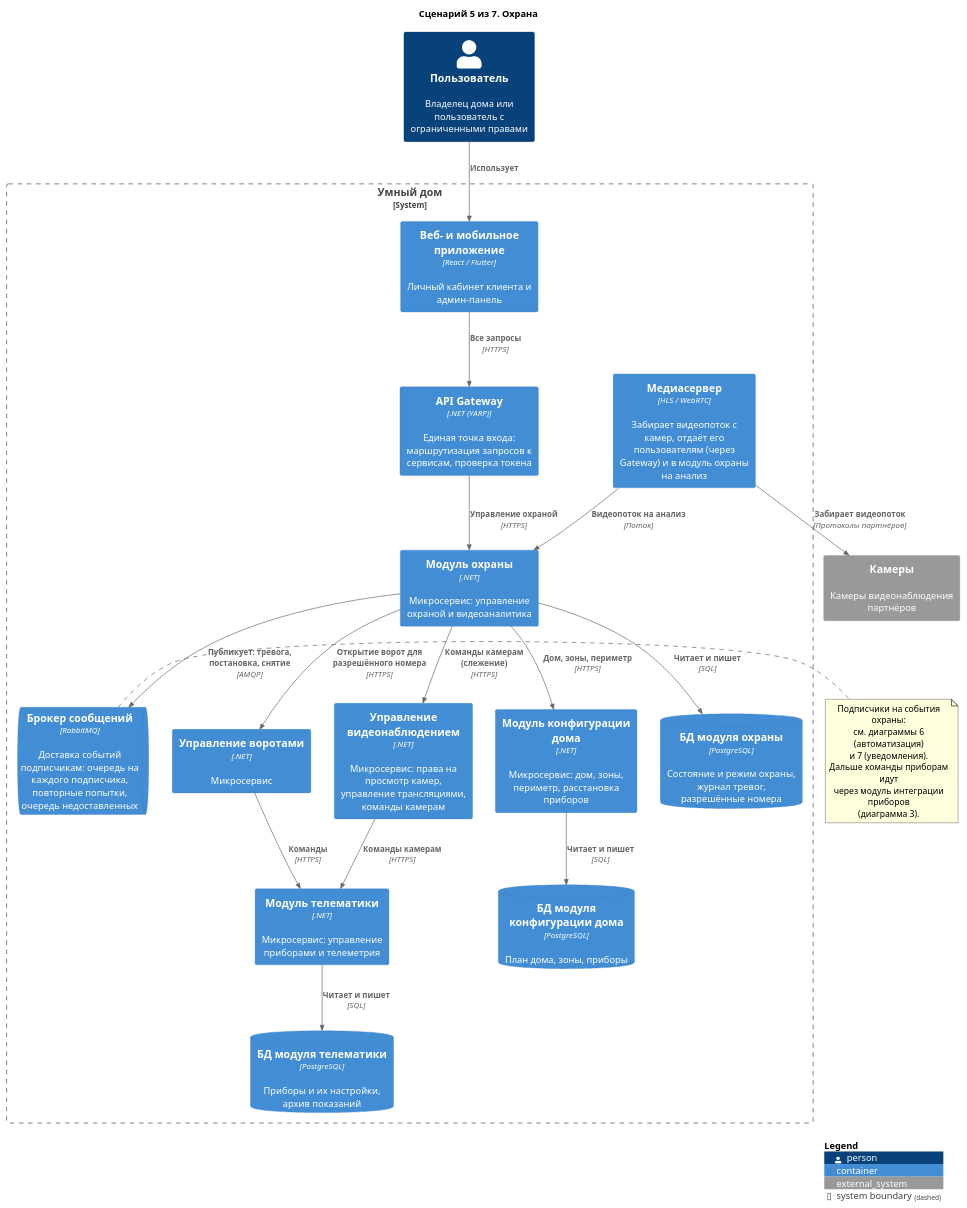
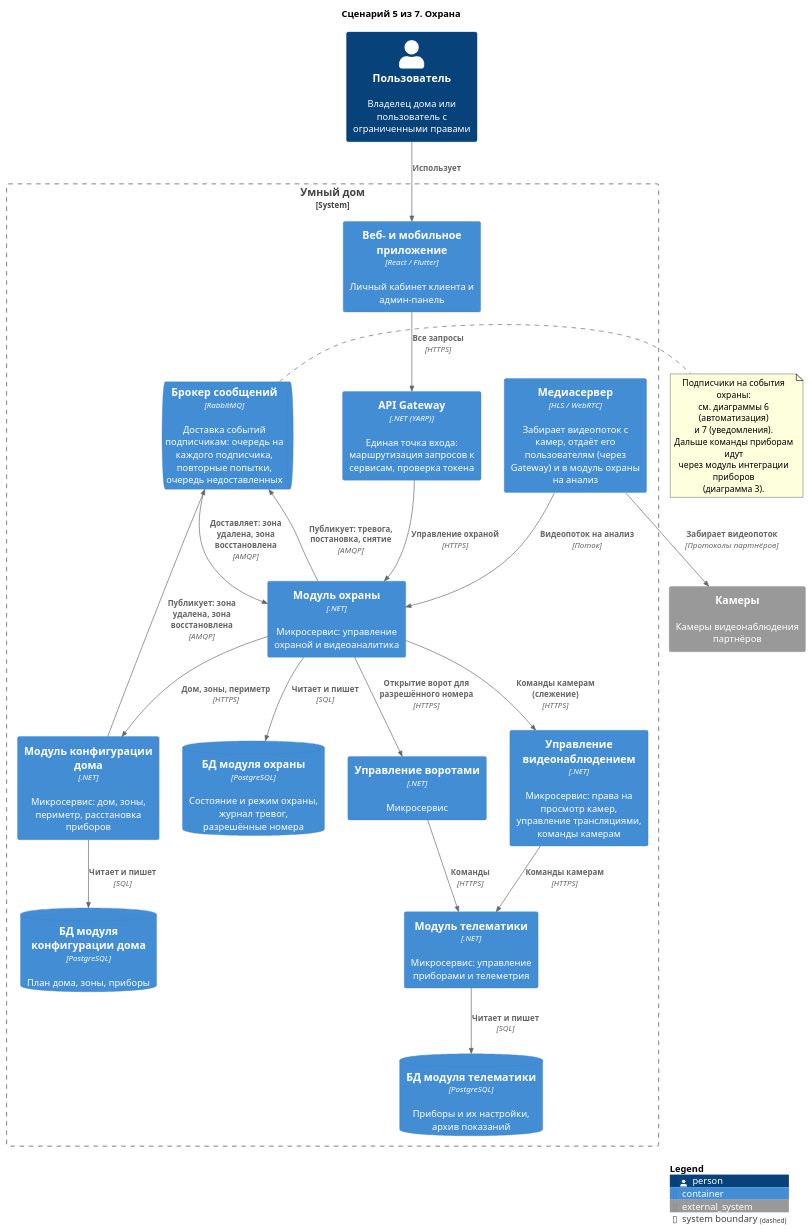
One commit to Lyamin-av/architecture-warmhouse changed the diagram in diagrams/containers-scenarios/05-security.puml. Above: the diagram before and after it, drawn with PlantUML. The commit also changed 14 other files, not shown here.

```diff
--- a/diagrams/containers-scenarios/05-security.puml
+++ b/diagrams/containers-scenarios/05-security.puml
@@ -1,51 +1,53 @@
 @startuml 05-security
 !include <C4/C4_Container>
 
 title Сценарий 5 из 7. Охрана
 
 Person(user, "Пользователь", "Владелец дома или пользователь с ограниченными правами")
 
 System_Boundary(Warmhouse, "Умный дом") {
     Container(apps, "Веб- и мобильное приложение", "React / Flutter", "Личный кабинет клиента и админ-панель")
     Container(Gateway, "API Gateway", ".NET (YARP)", "Единая точка входа: маршрутизация запросов к сервисам, проверка токена")
     Container(Security, "Модуль охраны", ".NET", "Микросервис: управление охраной и видеоаналитика")
     Container(VideoControl, "Управление видеонаблюдением", ".NET", "Микросервис: права на просмотр камер, управление трансляциями, команды камерам")
     Container(MediaServer, "Медиасервер", "HLS / WebRTC", "Забирает видеопоток с камер, отдаёт его пользователям (через Gateway) и в модуль охраны на анализ")
     Container(GateControl, "Управление воротами", ".NET", "Микросервис")
     Container(HouseConfigurator, "Модуль конфигурации дома", ".NET", "Микросервис: дом, зоны, периметр, расстановка приборов")
     Container(Telematics, "Модуль телематики", ".NET", "Микросервис: управление приборами и телеметрия")
     ContainerQueue(Broker, "Брокер сообщений", "RabbitMQ", "Доставка событий подписчикам: очередь на каждого подписчика, повторные попытки, очередь недоставленных")
     ContainerDb(dbSecurity, "БД модуля охраны", "PostgreSQL", "Состояние и режим охраны, журнал тревог, разрешённые номера")
     ContainerDb(dbTelematics, "БД модуля телематики", "PostgreSQL", "Приборы и их настройки, архив показаний")
     ContainerDb(dbHC, "БД модуля конфигурации дома", "PostgreSQL", "План дома, зоны, приборы")
 }
 
 System_Ext(cameras, "Камеры", "Камеры видеонаблюдения партнёров")
 
 Rel(user, apps, "Использует")
 Rel(apps, Gateway, "Все запросы", "HTTPS")
 Rel(Gateway, Security, "Управление охраной", "HTTPS")
 Rel(Security, HouseConfigurator, "Дом, зоны, периметр", "HTTPS")
 Rel(MediaServer, cameras, "Забирает видеопоток", "Протоколы партнёров")
 Rel(MediaServer, Security, "Видеопоток на анализ", "Поток")
 Rel(Security, VideoControl, "Команды камерам (слежение)", "HTTPS")
 Rel(VideoControl, Telematics, "Команды камерам", "HTTPS")
 Rel(Security, GateControl, "Открытие ворот для разрешённого номера", "HTTPS")
 Rel(GateControl, Telematics, "Команды", "HTTPS")
 Rel(Security, Broker, "Публикует: тревога, постановка, снятие", "AMQP")
 
 note right of Broker
   Подписчики на события охраны:
   см. диаграммы 6 (автоматизация)
   и 7 (уведомления).
   Дальше команды приборам идут
   через модуль интеграции приборов
   (диаграмма 3).
 end note
 
 Rel(Security, dbSecurity, "Читает и пишет", "SQL")
 Rel(Telematics, dbTelematics, "Читает и пишет", "SQL")
 Rel(HouseConfigurator, dbHC, "Читает и пишет", "SQL")
+Rel(HouseConfigurator, Broker, "Публикует: зона удалена, зона восстановлена", "AMQP")
+Rel(Broker, Security, "Доставляет: зона удалена, зона восстановлена", "AMQP")
 
 SHOW_LEGEND()
 @enduml
```
